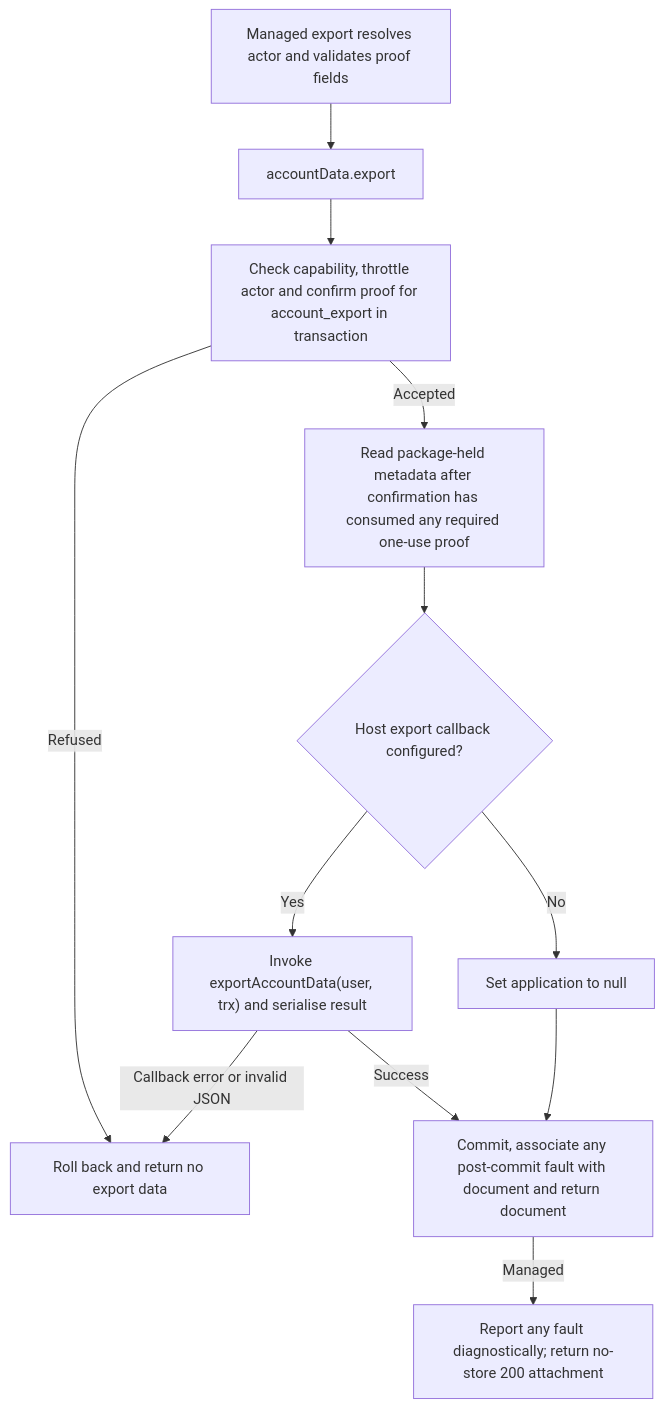
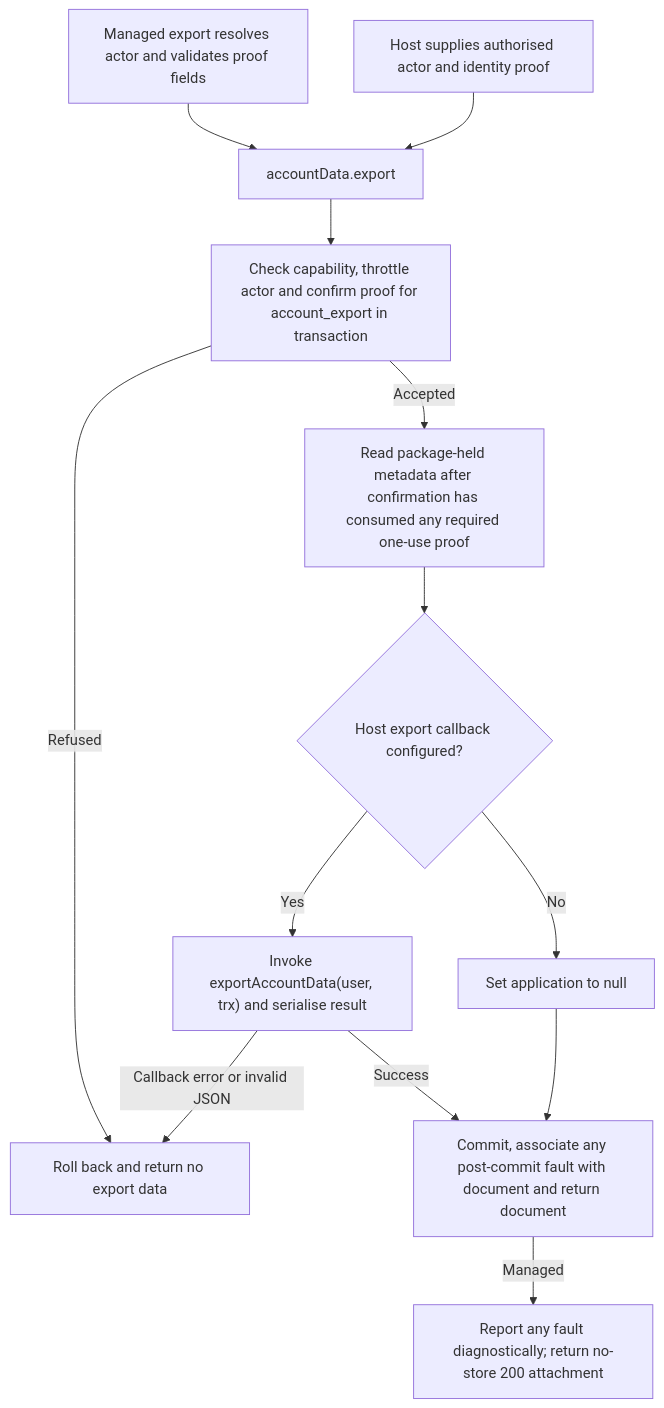
Before and after one commit to Kevinjohn/oss-adonisjs-account-kit: the second of 2 diagrams in user-stories/US-ACCOUNT-18-export-account.md, drawn with Mermaid. The commit also changed 42 other files, not shown here.

````diff
--- a/user-stories/US-ACCOUNT-18-export-account.md
+++ b/user-stories/US-ACCOUNT-18-export-account.md
@@ -29,14 +29,15 @@
 ```mermaid
 flowchart TD
   M["Managed export resolves actor and validates proof fields"] --> A["accountData.export"]
+  H0["Host supplies authorised actor and identity proof"] --> A
   A --> B["Check capability, throttle actor and confirm proof for account_export in transaction"]
   B -->|Refused| D["Roll back and return no export data"]
   B -->|Accepted| E["Read package-held metadata after confirmation has consumed any required one-use proof"]
   E --> F{"Host export callback configured?"}
   F -->|Yes| G["Invoke exportAccountData(user, trx) and serialise result"]
   F -->|No| H["Set application to null"]
   G -->|Callback error or invalid JSON| D
   G -->|Success| I["Commit, associate any post-commit fault with document and return document"]
   H --> I
   I -->|Managed| J["Report any fault diagnostically; return no-store 200 attachment"]
 ```
````
